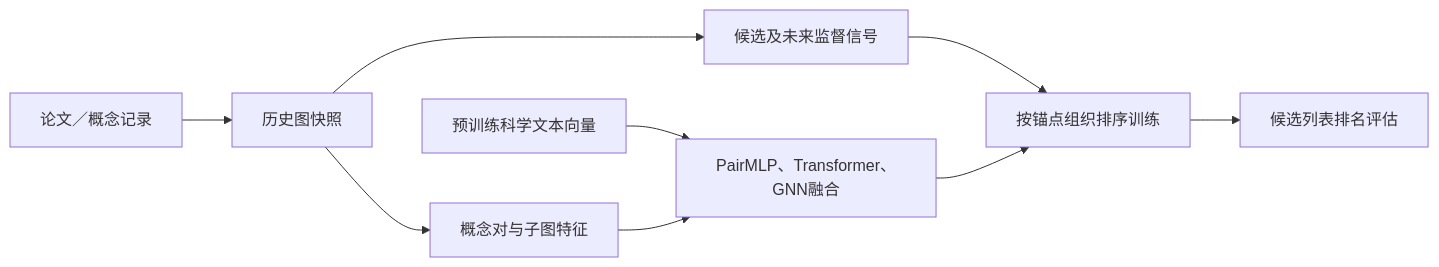
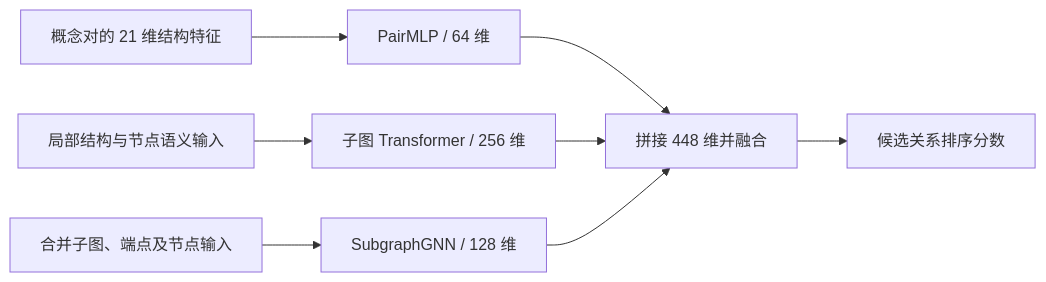
Before and after one commit to dvdsvc/conjunction: the diagram in README.zh-CN.md, drawn with Mermaid. The commit also changed other lines of this file and 4 other files, not shown here.

````diff
--- a/README.zh-CN.md
+++ b/README.zh-CN.md
@@ -15,11 +80,10 @@
 ```mermaid
 flowchart LR
-    P[论文／概念记录] --> G[历史图快照]
-    G --> C[候选及未来监督信号]
-    G --> F[概念对与子图特征]
-    S[预训练科学文本向量] --> M
-    F --> M[PairMLP、Transformer、GNN融合]
-    C --> T[按锚点组织排序训练]
-    M --> T
-    T --> E[候选列表排名评估]
+    A[概念对的 21 维结构特征] --> P[PairMLP / 64 维]
+    B[局部结构与节点语义输入] --> T[子图 Transformer / 256 维]
+    C[合并子图、端点及节点输入] --> G[SubgraphGNN / 128 维]
+    P --> F[拼接 448 维并融合]
+    T --> F
+    G --> F
+    F --> S[候选关系排序分数]
 ```
````
